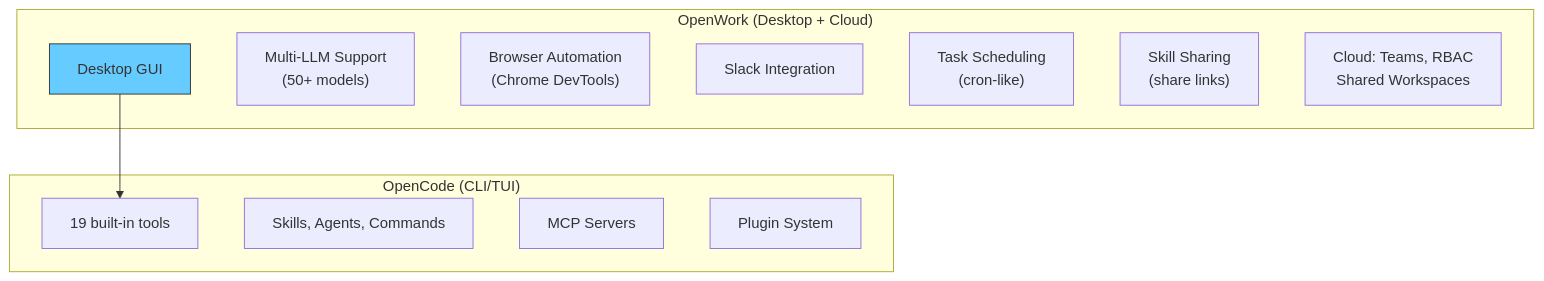
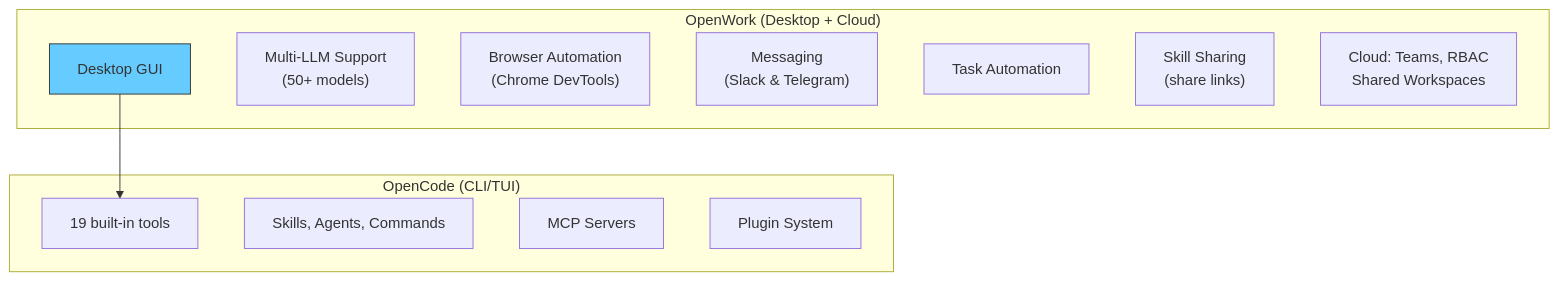
Before and after one commit to dxvidparham/opencode-primer: the first of 4 diagrams in 10-openwork/README.md, drawn with Mermaid. The commit also changed other lines of this file, not shown here.

````diff
--- a/10-openwork/README.md
+++ b/10-openwork/README.md
@@ -46,21 +46,21 @@
 ```mermaid
 flowchart TD
   subgraph "OpenCode (CLI/TUI)"
     A["19 built-in tools"]
     B["Skills, Agents, Commands"]
     C["MCP Servers"]
     D["Plugin System"]
   end
 
   subgraph "OpenWork (Desktop + Cloud)"
     E["Desktop GUI"] --> A
     F["Multi-LLM Support\n(50+ models)"]
     G["Browser Automation\n(Chrome DevTools)"]
-    H["Slack Integration"]
-    I["Task Scheduling\n(cron-like)"]
+    H["Messaging\n(Slack & Telegram)"]
+    I["Task Automation"]
     J["Skill Sharing\n(share links)"]
     K["Cloud: Teams, RBAC\nShared Workspaces"]
   end
 
   style E fill:#6cf,stroke:#333
 ```
````
